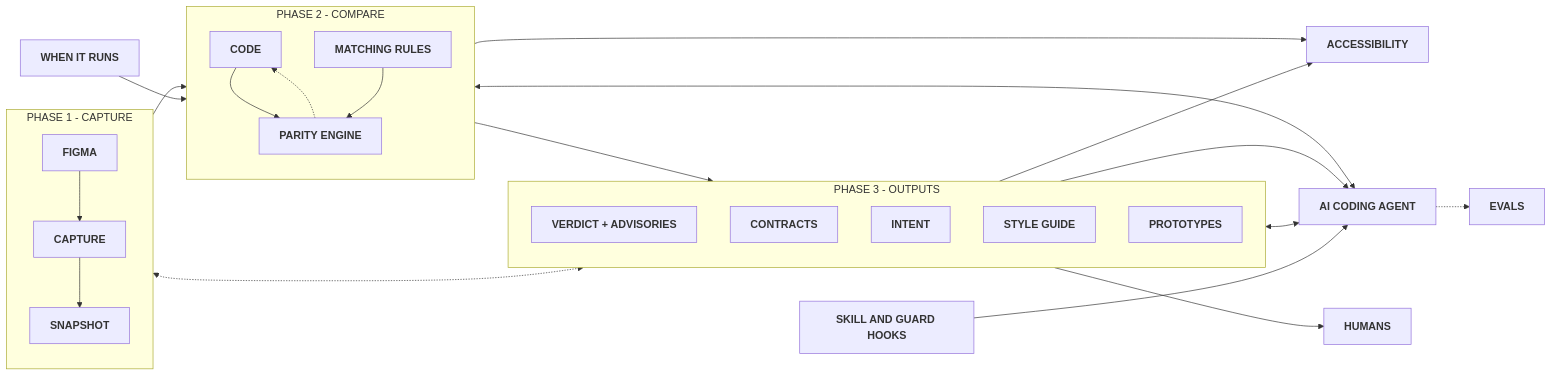
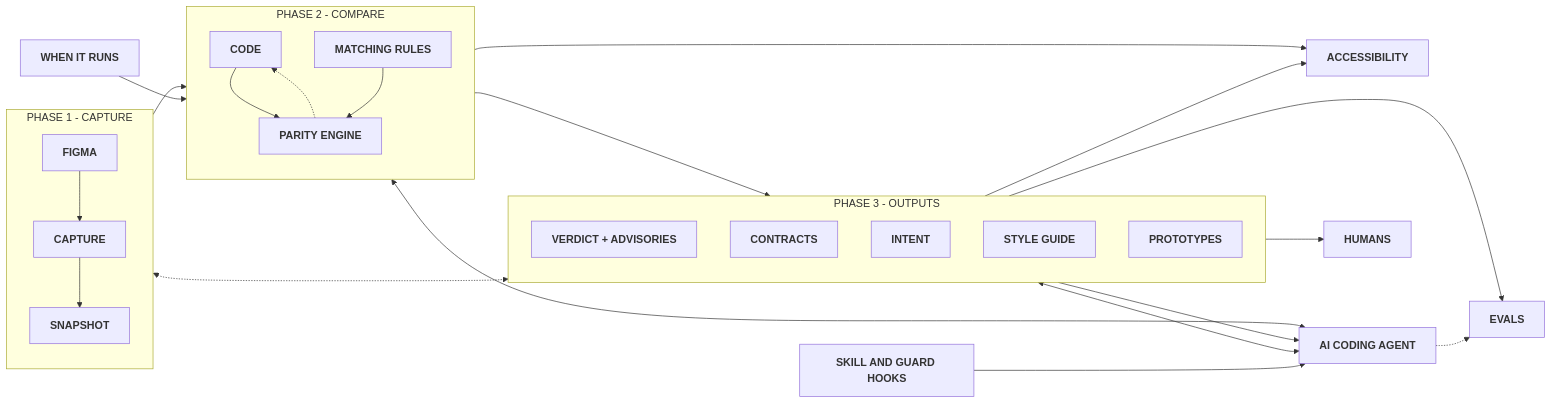
The diagram in README.md (rafaelmatosdasilva/rms-design-system-engine), drawn with Mermaid before and after one commit. The commit also changed 4 other files, not shown here.

First line of the commit message:
Evaluation: products in sibling repositories, 70/70 on Haiku; README diagram gains the board's arrow to Evals

````diff
--- a/README.md
+++ b/README.md
@@ -25,39 +25,40 @@
 ```mermaid
 %%{init: {"themeCSS": "[id*=L_P1_P3], [id*=L-P1-P3], [id*=L_CODE_AI], [id*=L-CODE-AI], [id*=L_PROTO_AI], [id*=L-PROTO-AI] { marker-end: none !important; }"}}%%
 flowchart LR
     WHEN["<b>WHEN IT RUNS</b>"]
     subgraph P1["PHASE 1 - CAPTURE"]
         direction TB
         FIG["<b>FIGMA</b>"] --> CAP["<b>CAPTURE</b>"] --> SNAP["<b>SNAPSHOT</b>"]
     end
     subgraph P2["PHASE 2 - COMPARE"]
         direction TB
         CODE["<b>CODE</b>"] --> ENG["<b>PARITY ENGINE</b>"]
         ENG -.-> CODE
         RULES["<b>MATCHING RULES</b>"] --> ENG
     end
     subgraph P3["PHASE 3 - OUTPUTS"]
         direction TB
         RES["<b>VERDICT + ADVISORIES</b>"]
         CON["<b>CONTRACTS</b>"]
         INT["<b>INTENT</b>"]
         SG["<b>STYLE GUIDE</b>"]
         PROTO["<b>PROTOTYPES</b>"]
     end
     A11Y["<b>ACCESSIBILITY</b>"]
     HOOKS["<b>SKILL AND GUARD HOOKS</b>"]
     AI["<b>AI CODING AGENT</b>"]
     HUM["<b>HUMANS</b>"]
     EV["<b>EVALS</b>"]
     WHEN --> P2
     P1 --> P2 --> P3
     P1 <-.-> P3
     P2 --> A11Y
     P3 --> A11Y
     P3 --> AI
     P3 --> HUM
+    P3 --> EV
     HOOKS --> AI
     CODE <--> AI
     PROTO <--> AI
     AI -.-> EV
 ```
````
